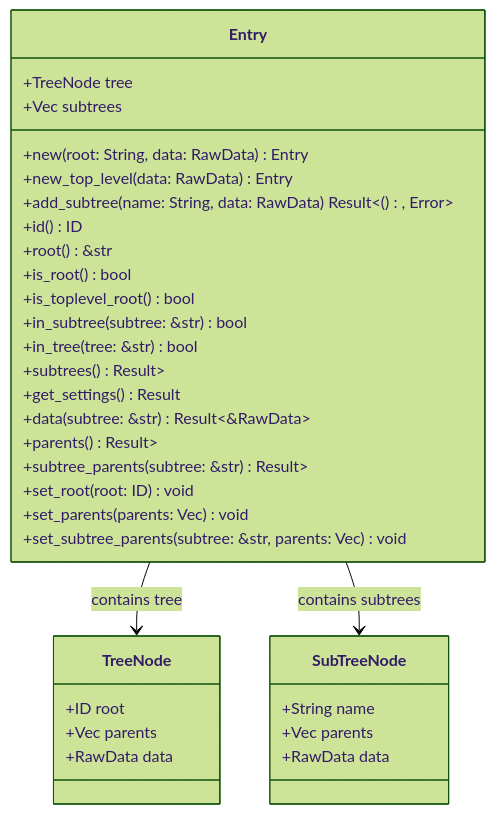
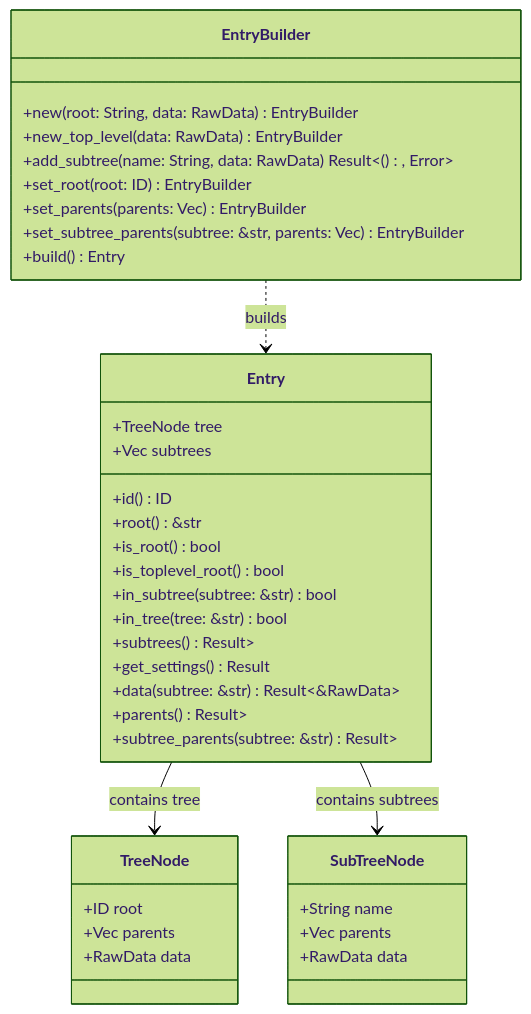
Before and after one commit to arcuru/eidetica: the diagram in docs/src/internal/core_components/entry.md, drawn with Mermaid (forest theme). The commit also changed other lines of this file and 10 other files, not shown here.

First line of the commit message:
refactor(core): Introduce EntryBuilder and make Entry immutable

````diff
--- a/docs/src/internal/core_components/entry.md
+++ b/docs/src/internal/core_components/entry.md
@@ -11,39 +12,44 @@
 ```mermaid
 classDiagram
+    class EntryBuilder {
+        +new(root: String, data: RawData) EntryBuilder
+        +new_top_level(data: RawData) EntryBuilder
+        +add_subtree(name: String, data: RawData) Result<(), Error>
+        +set_root(root: ID) EntryBuilder
+        +set_parents(parents: Vec<ID>) EntryBuilder
+        +set_subtree_parents(subtree: &str, parents: Vec<ID>) EntryBuilder
+        +build() Entry
+    }
+
     class Entry {
         +TreeNode tree
         +Vec<SubTreeNode> subtrees
-        +new(root: String, data: RawData) Entry
-        +new_top_level(data: RawData) Entry
-        +add_subtree(name: String, data: RawData) Result<(), Error>
         +id() ID
         +root() &str
         +is_root() bool
         +is_toplevel_root() bool
         +in_subtree(subtree: &str) bool
         +in_tree(tree: &str) bool
         +subtrees() Result<Vec<String>>
         +get_settings() Result<RawData>
         +data(subtree: &str) Result<&RawData>
         +parents() Result<Vec<ID>>
         +subtree_parents(subtree: &str) Result<Vec<ID>>
-        +set_root(root: ID) void
-        +set_parents(parents: Vec<ID>) void
-        +set_subtree_parents(subtree: &str, parents: Vec<ID>) void
     }
 
     class TreeNode {
         +ID root
         +Vec<ID> parents
         +RawData data
     }
 
     class SubTreeNode {
         +String name
         +Vec<ID> parents
         +RawData data
     }
 
+    EntryBuilder ..> Entry : builds
     Entry --> TreeNode : contains tree
     Entry --> SubTreeNode : contains subtrees
 ```
````
